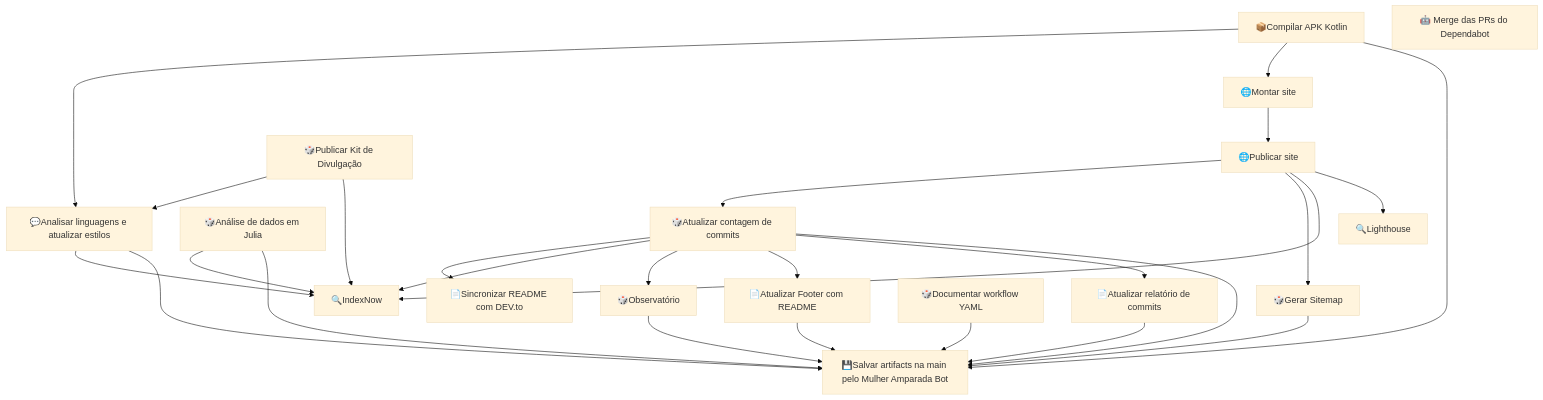
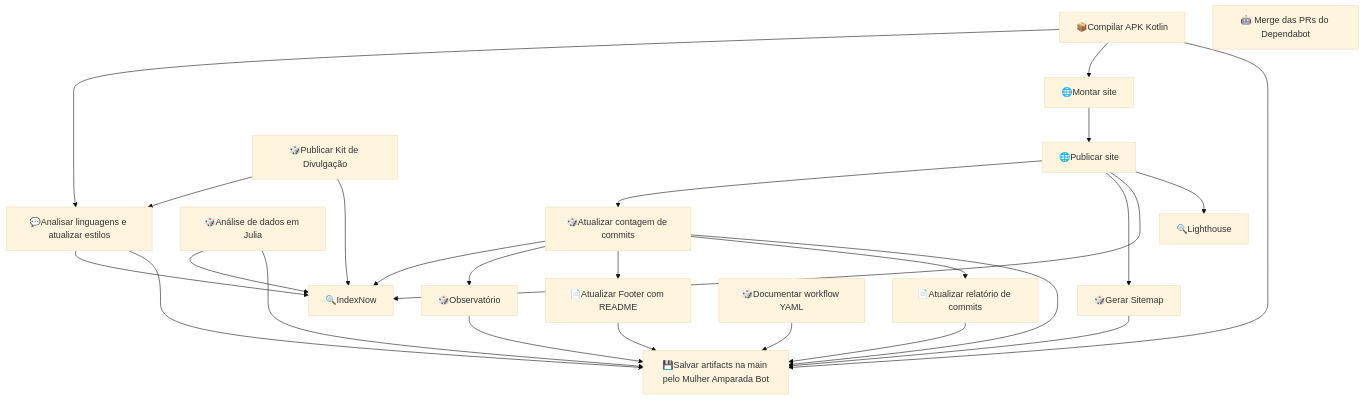
Before and after one commit to mulher-amparada/mulher-amparada-app: the diagram in pesquisas/workflow.md, drawn with Mermaid (base theme). The commit also changed other lines of this file and 7 other files, not shown here.

````diff
--- a/pesquisas/workflow.md
+++ b/pesquisas/workflow.md
@@ -34,45 +33,43 @@
 ```mermaid
 flowchart TD
     job_build["📦Compilar APK Kotlin"]
     job_dependabot_merge["🤖 Merge das PRs do Dependabot"]
     job_linguagens["💬Analisar linguagens e atualizar estilos"]
     job_bot["🎲Análise de dados em Julia"]
     job_build_site["🌐Montar site"]
     job_deploy["🌐Publicar site"]
     job_atualizar_commits["🎲Atualizar contagem de commits"]
-    job_sincronizar_devto["📄Sincronizar README com DEV.to"]
     job_sitemap["🎲Gerar Sitemap"]
     job_indexnow["🔍IndexNow"]
     job_lighthouse["🔍Lighthouse"]
     job_publicar_divulgacao["🎲Publicar Kit de Divulgação"]
     job_observatorio["🎲Observatório"]
     job_atualizar_footer["📄Atualizar Footer com README"]
     job_atualizar_relatorio_commits["📄Atualizar relatório de commits"]
     job_pesquisar_projeto["🎲Documentar workflow YAML"]
     job_salvar_na_main["💾Salvar artifacts na main pelo Mulher Amparada Bot"]
     job_build --> job_linguagens
     job_publicar_divulgacao --> job_linguagens
     job_build --> job_build_site
     job_build_site --> job_deploy
     job_deploy --> job_atualizar_commits
-    job_atualizar_commits --> job_sincronizar_devto
     job_deploy --> job_sitemap
     job_deploy --> job_indexnow
     job_bot --> job_indexnow
     job_linguagens --> job_indexnow
     job_publicar_divulgacao --> job_indexnow
     job_atualizar_commits --> job_indexnow
     job_deploy --> job_lighthouse
     job_atualizar_commits --> job_observatorio
     job_atualizar_commits --> job_atualizar_footer
     job_atualizar_commits --> job_atualizar_relatorio_commits
     job_build --> job_salvar_na_main
     job_linguagens --> job_salvar_na_main
     job_bot --> job_salvar_na_main
     job_atualizar_commits --> job_salvar_na_main
     job_sitemap --> job_salvar_na_main
     job_atualizar_footer --> job_salvar_na_main
     job_atualizar_relatorio_commits --> job_salvar_na_main
     job_pesquisar_projeto --> job_salvar_na_main
     job_observatorio --> job_salvar_na_main
 ```
````
